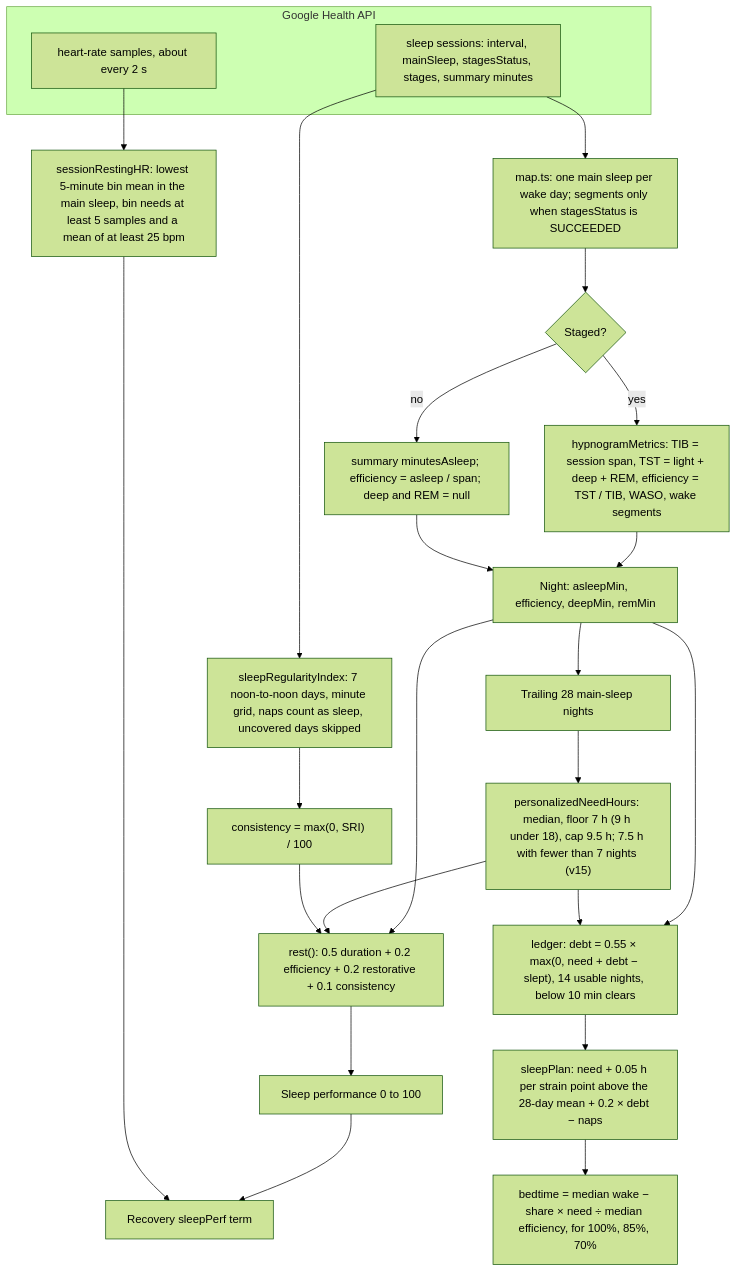
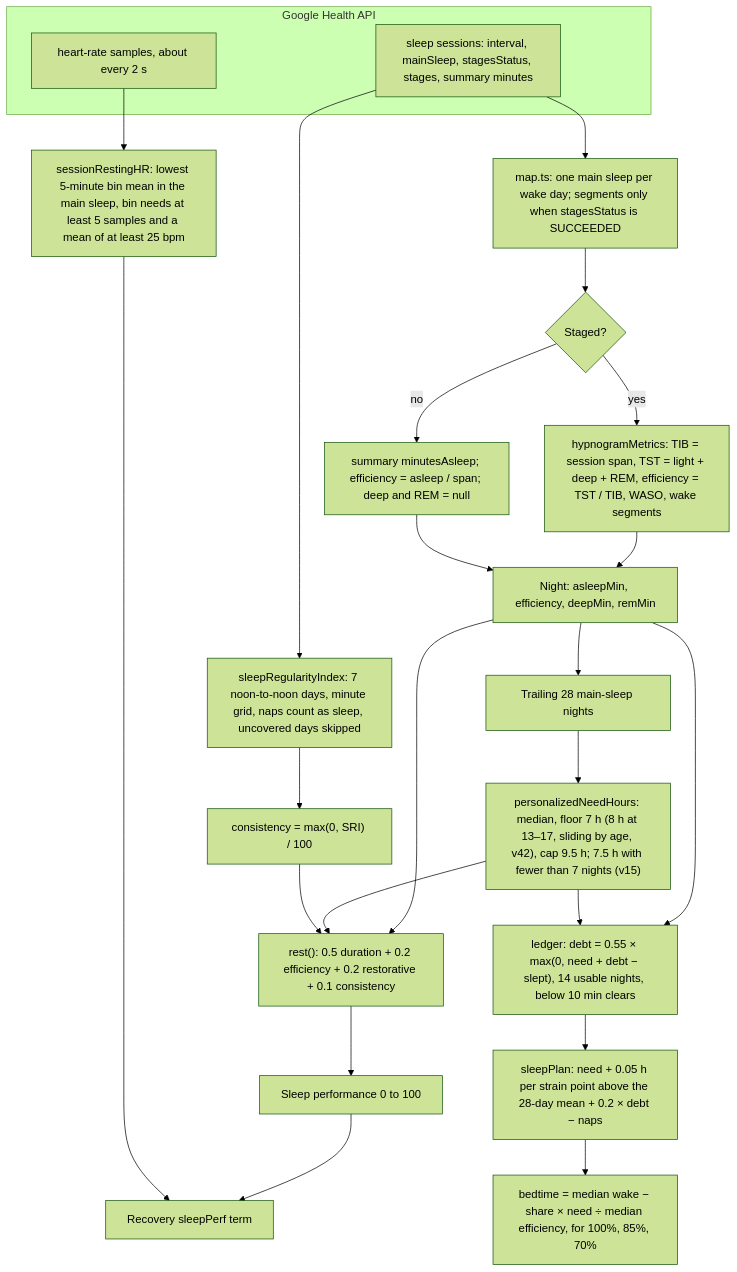
Before and after one commit to RohitDhatrak/pulse: the first of 2 diagrams in docs/research/sleep.md, drawn with Mermaid (forest theme). The commit also changed other lines of this file and 32 other files, not shown here.

````diff
--- a/docs/research/sleep.md
+++ b/docs/research/sleep.md
@@ -27,28 +27,28 @@
 ```mermaid
 flowchart TB
   subgraph G[Google Health API]
     S[sleep sessions: interval, mainSleep, stagesStatus, stages, summary minutes]
     HR[heart-rate samples, about every 2 s]
   end
   S --> MAP[map.ts: one main sleep per wake day; segments only when stagesStatus is SUCCEEDED]
   MAP --> STG{Staged?}
   STG -->|yes| HYP[hypnogramMetrics: TIB = session span, TST = light + deep + REM, efficiency = TST / TIB, WASO, wake segments]
   STG -->|no| SUM[summary minutesAsleep; efficiency = asleep / span; deep and REM = null]
   HYP --> NIGHT[Night: asleepMin, efficiency, deepMin, remMin]
   SUM --> NIGHT
   NIGHT --> HIST[Trailing 28 main-sleep nights]
-  HIST --> NEED["personalizedNeedHours: median, floor 7 h (9 h under 18), cap 9.5 h; 7.5 h with fewer than 7 nights (v15)"]
+  HIST --> NEED["personalizedNeedHours: median, floor 7 h (8 h at 13–17, sliding by age, v42), cap 9.5 h; 7.5 h with fewer than 7 nights (v15)"]
   S --> SRI["sleepRegularityIndex: 7 noon-to-noon days, minute grid, naps count as sleep, uncovered days skipped"]
   SRI --> CONS["consistency = max(0, SRI) / 100"]
   NIGHT --> REST
   NEED --> REST
   CONS --> REST["rest(): 0.5 duration + 0.2 efficiency + 0.2 restorative + 0.1 consistency"]
   REST --> PERF[Sleep performance 0 to 100]
   PERF --> REC[Recovery sleepPerf term]
   NIGHT --> LED["ledger: debt = 0.55 × max(0, need + debt − slept), 14 usable nights, below 10 min clears"]
   NEED --> LED
   LED --> PLAN["sleepPlan: need + 0.05 h per strain point above the 28-day mean + 0.2 × debt − naps"]
   PLAN --> BED["bedtime = median wake − share × need ÷ median efficiency, for 100%, 85%, 70%"]
   HR --> RHR["sessionRestingHR: lowest 5-minute bin mean in the main sleep, bin needs at least 5 samples and a mean of at least 25 bpm"]
   RHR --> REC
 ```
````
